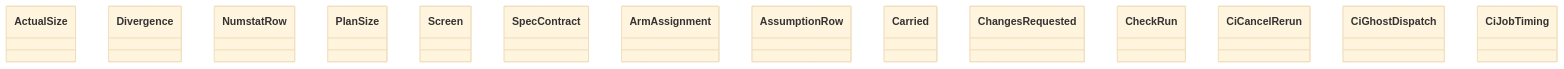
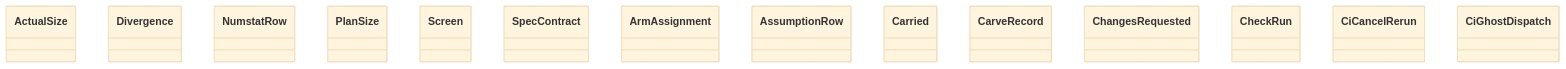
One commit to GonzaloZevallos/agentic-system changed the diagram in docs/architecture/generated/classes-process-domain-state-3.md. Above: the diagram before and after it, drawn with Mermaid (base theme). The commit also changed 12 other files, not shown here.

First line of the commit message:
Add the carve-out record to TaskState and the document, with pure helpers

````diff
--- a/docs/architecture/generated/classes-process-domain-state-3.md
+++ b/docs/architecture/generated/classes-process-domain-state-3.md
@@ -27,17 +27,17 @@
 ```mermaid
 classDiagram
     class size_budget__ActualSize["ActualSize"]
     class size_budget__Divergence["Divergence"]
     class size_budget__NumstatRow["NumstatRow"]
     class size_budget__PlanSize["PlanSize"]
     class spec_delivery__Screen["Screen"]
     class spec_delivery__SpecContract["SpecContract"]
     class task__ArmAssignment["ArmAssignment"]
     class task__AssumptionRow["AssumptionRow"]
     class task__Carried["Carried"]
+    class task__CarveRecord["CarveRecord"]
     class task__ChangesRequested["ChangesRequested"]
     class task__CheckRun["CheckRun"]
     class task__CiCancelRerun["CiCancelRerun"]
     class task__CiGhostDispatch["CiGhostDispatch"]
-    class task__CiJobTiming["CiJobTiming"]
 ```
````
